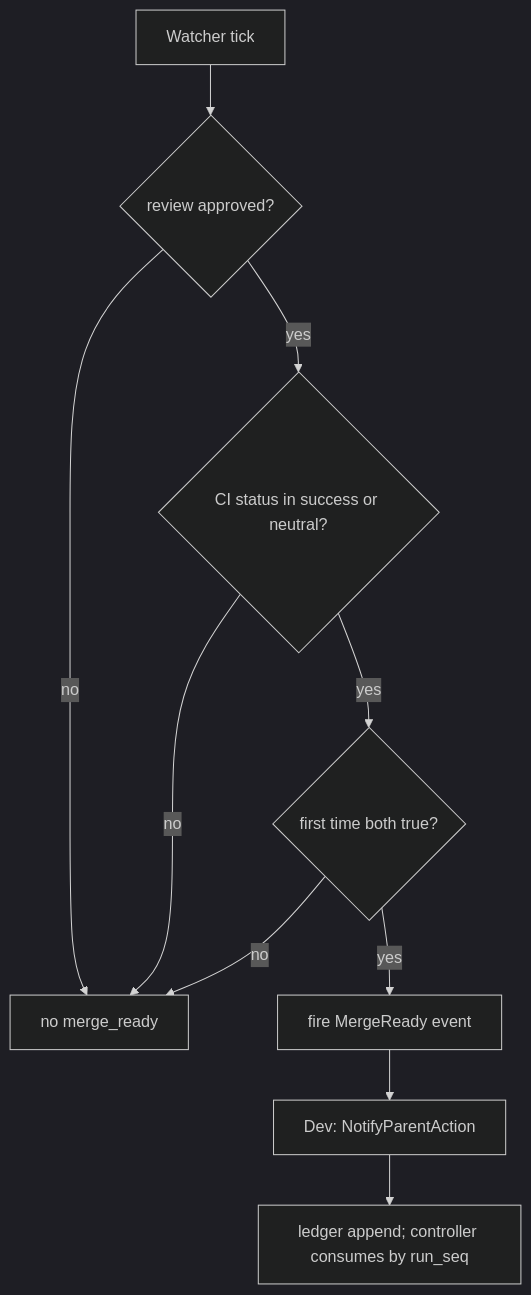
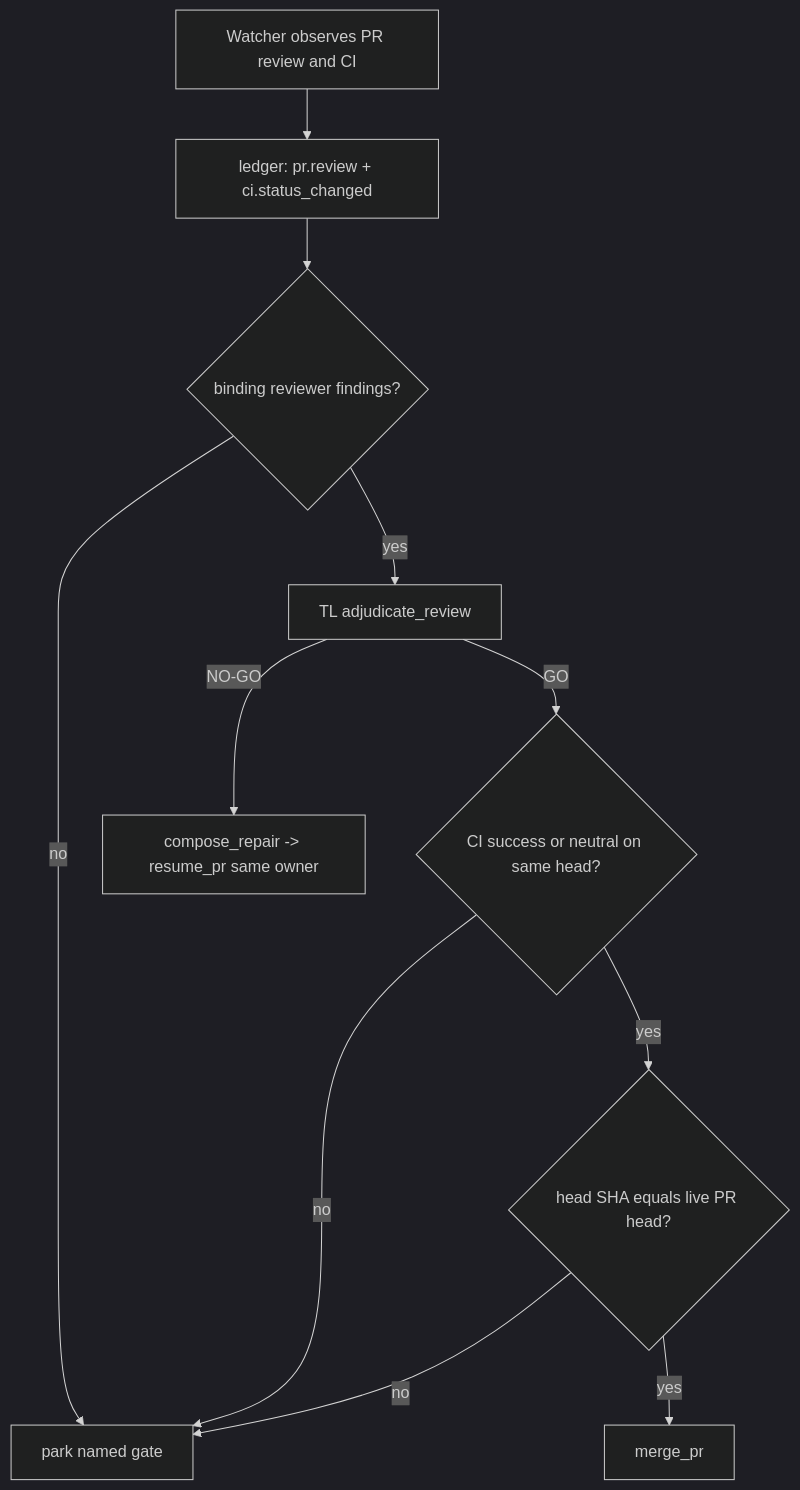
Before and after one commit to nanonite/exomonad: the eighth of 9 diagrams in docs/architecture/agent-system.md, drawn with Mermaid (dark theme). The commit also changed other lines of this file and 2 other files, not shown here.

Commit message:
Update watcher architecture documentation

````diff
--- a/docs/architecture/agent-system.md
+++ b/docs/architecture/agent-system.md
@@ -361,12 +357,13 @@
 ```mermaid
 flowchart TD
-  A[Watcher tick] --> B{review approved?}
-  B -- no --> Z[no merge_ready]
-  B -- yes --> C{CI status in success or neutral?}
-  C -- no --> Z
-  C -- yes --> D{first time both true?}
-  D -- no --> Z
-  D -- yes --> E[fire MergeReady event]
-  E --> F[Dev: NotifyParentAction]
-  F --> G[ledger append; controller consumes by run_seq]
+  A[Watcher observes PR review and CI] --> B[ledger: pr.review + ci.status_changed]
+  B --> C{binding reviewer findings?}
+  C -- no --> Z[park named gate]
+  C -- yes --> D[TL adjudicate_review]
+  D -- NO-GO --> R[compose_repair -> resume_pr same owner]
+  D -- GO --> E{CI success or neutral on same head?}
+  E -- no --> Z
+  E -- yes --> F{head SHA equals live PR head?}
+  F -- no --> Z
+  F -- yes --> G[merge_pr]
 ```
````
